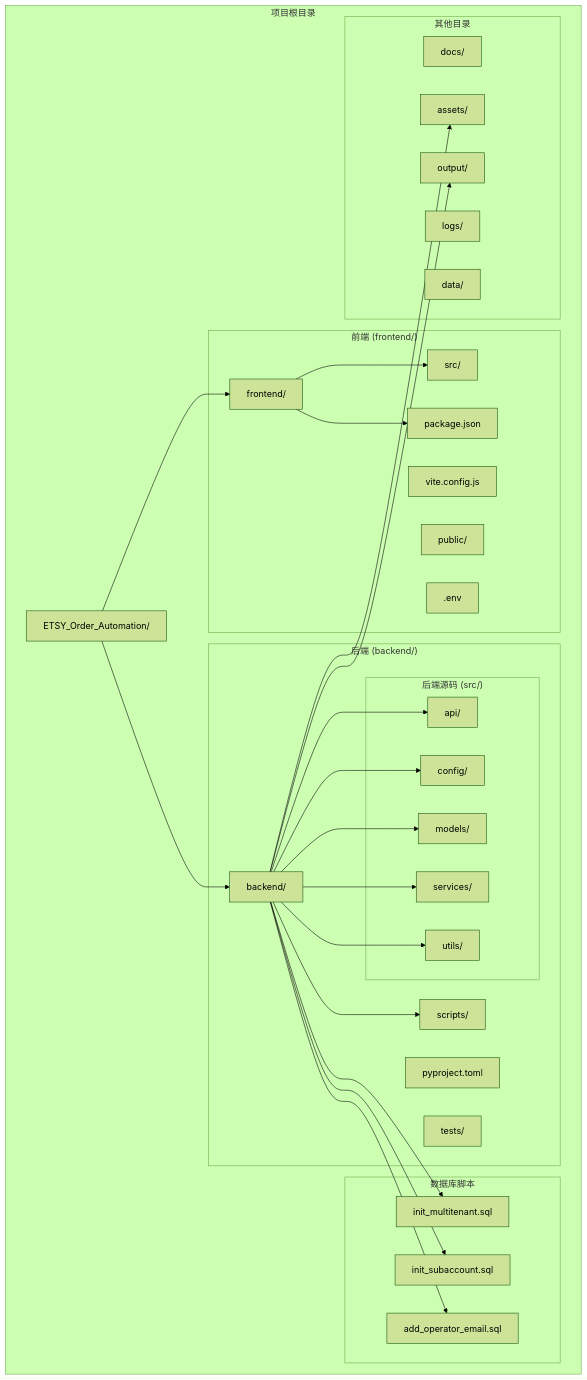
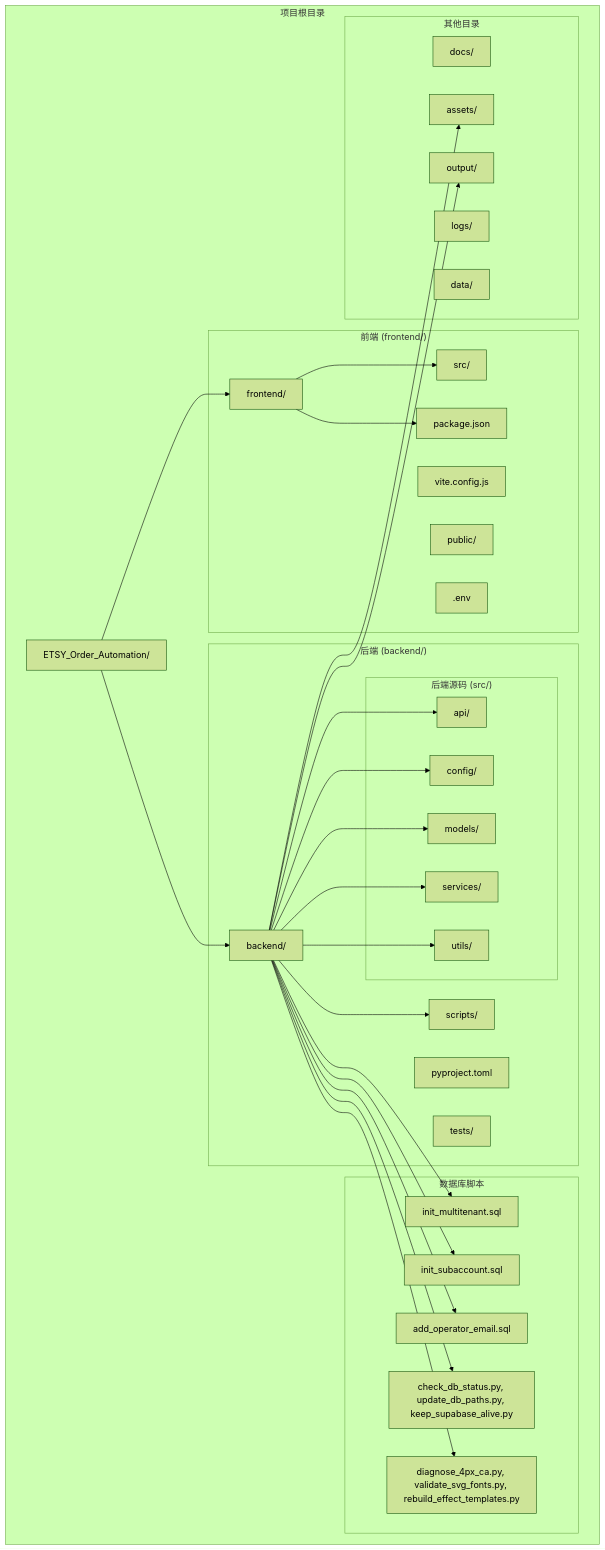
Before and after one commit to SY6621/POD-Order-Management: the second of 6 diagrams in .qoder/repowiki/zh/content/开发指南/开发指南.md, drawn with Mermaid (forest theme). The commit also changed other lines of this file and 20 other files, not shown here.

````diff
--- a/.qoder/repowiki/zh/content/开发指南/开发指南.md
+++ b/.qoder/repowiki/zh/content/开发指南/开发指南.md
@@ -220,55 +232,59 @@
 ```mermaid
 graph TB
 subgraph "项目根目录"
 Root[ETSY_Order_Automation/]
 subgraph "前端 (frontend/)"
 Frontend[frontend/]
 Package[package.json]
 ViteConfig[vite.config.js]
 Src[src/]
 Public[public/]
 Env[.env]
 end
 subgraph "后端 (backend/)"
 Backend[backend/]
 PyProject[pyproject.toml]
 Env[.env]
 Scripts[scripts/]
 Tests[tests/]
 subgraph "后端源码 (src/)"
 Api[api/]
 Config[config/]
 Models[models/]
 Services[services/]
 Utils[utils/]
 end
 end
 subgraph "数据库脚本"
 InitSQL[init_multitenant.sql]
 SubAccountSQL[init_subaccount.sql]
 OperatorSQL[add_operator_email.sql]
+MaintainScripts[check_db_status.py, update_db_paths.py, keep_supabase_alive.py]
+LogisticScripts[diagnose_4px_ca.py, validate_svg_fonts.py, rebuild_effect_templates.py]
 end
 subgraph "其他目录"
 Docs[docs/]
 Logs[logs/]
 Data[data/]
 Assets[assets/]
 Output[output/]
 end
 end
 Root --> Frontend
 Root --> Backend
 Frontend --> Src
 Frontend --> Package
 Backend --> Api
 Backend --> Config
 Backend --> Models
 Backend --> Services
 Backend --> Utils
 Backend --> Scripts
 Backend --> Assets
 Backend --> Output
 Backend --> InitSQL
 Backend --> SubAccountSQL
 Backend --> OperatorSQL
+Backend --> MaintainScripts
+Backend --> LogisticScripts
 ```
````
